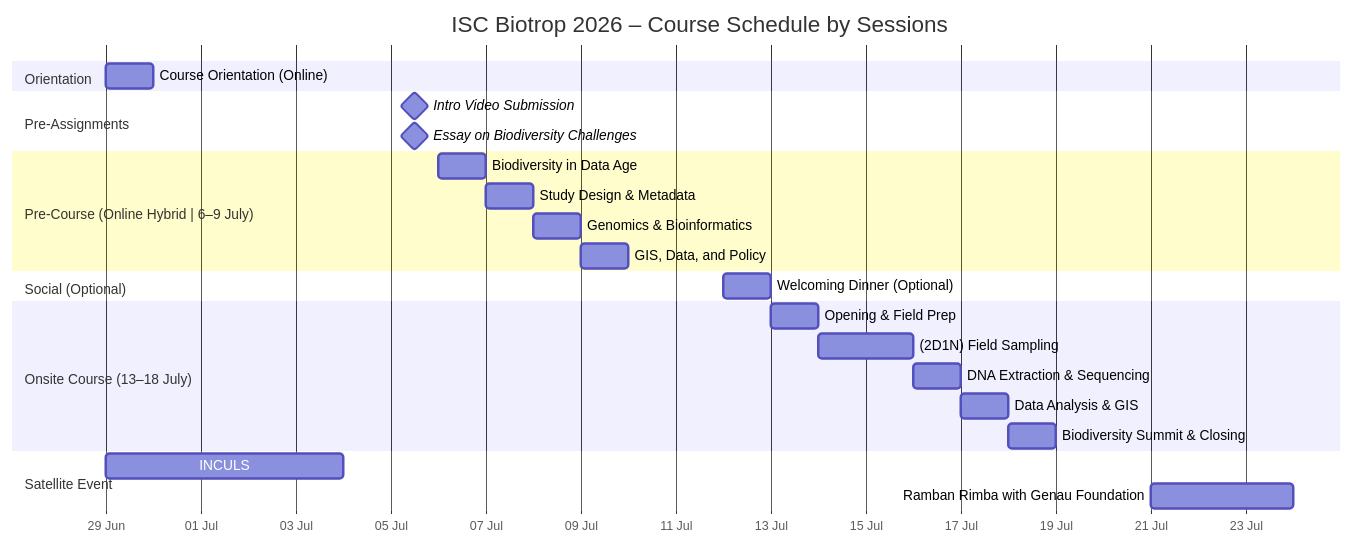
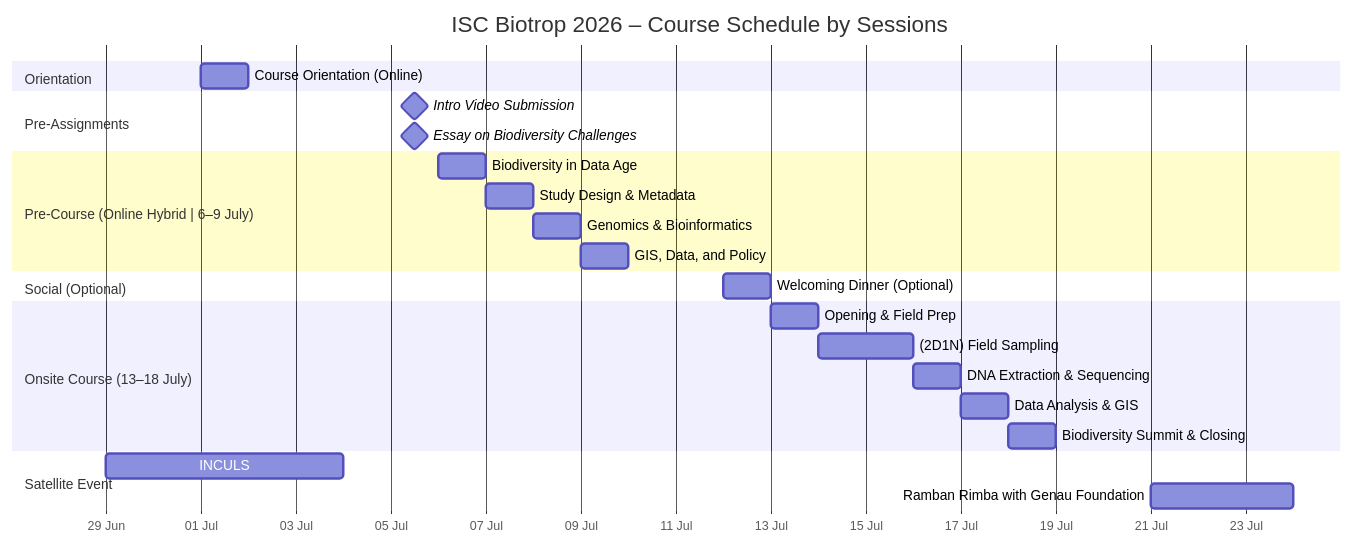
Before and after one commit to iscbiotrop/2026: the diagram in program/schedule/index.qmd, drawn with Mermaid. The commit also changed 1 other file, not shown here.

Commit message:
feat: update dates

````diff
--- a/program/schedule/index.qmd
+++ b/program/schedule/index.qmd
@@ -15,33 +15,33 @@
 ```{mermaid}
 gantt
     title ISC Biotrop 2026 – Course Schedule by Sessions
     dateFormat  YYYY-MM-DD
     axisFormat  %d %b
 
     section Orientation
-    Course Orientation (Online)        :2026-06-29, 1d
+    Course Orientation (Online)        :2026-07-01, 1d
 
     section Pre-Assignments
     Intro Video Submission             :milestone, 2026-07-05, 1d
     Essay on Biodiversity Challenges   :milestone, 2026-07-05, 1d
 
     section Pre-Course (Online Hybrid | 6–9 July)
     Biodiversity in Data Age   :2026-07-06, 1d
     Study Design & Metadata    :2026-07-07, 1d
     Genomics & Bioinformatics  :2026-07-08, 1d
     GIS, Data, and Policy      :2026-07-09, 1d
 
     section Social (Optional) 
     Welcoming Dinner (Optional)      :a8, 2026-07-12, 1d
 
     section Onsite Course (13–18 July)
     Opening & Field Prep       :2026-07-13, 1d
     (2D1N) Field Sampling      :2026-07-14, 2d
     DNA Extraction & Sequencing :2026-07-16, 1d
     Data Analysis & GIS        :2026-07-17, 1d
     Biodiversity Summit & Closing           :2026-07-18, 1d
 
     section Satellite Event
     INCULS :2026-06-29, 5d
     Ramban Rimba with Genau Foundation :2026-07-21, 3d
 ```
````
